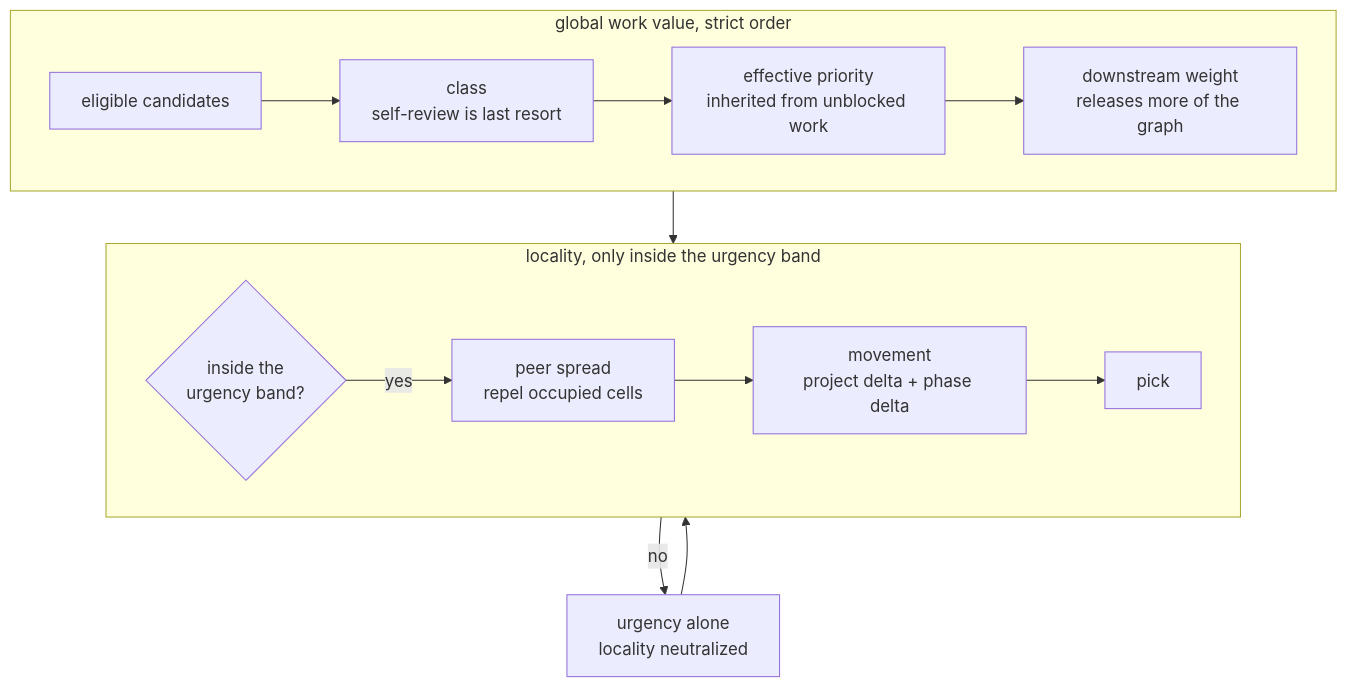
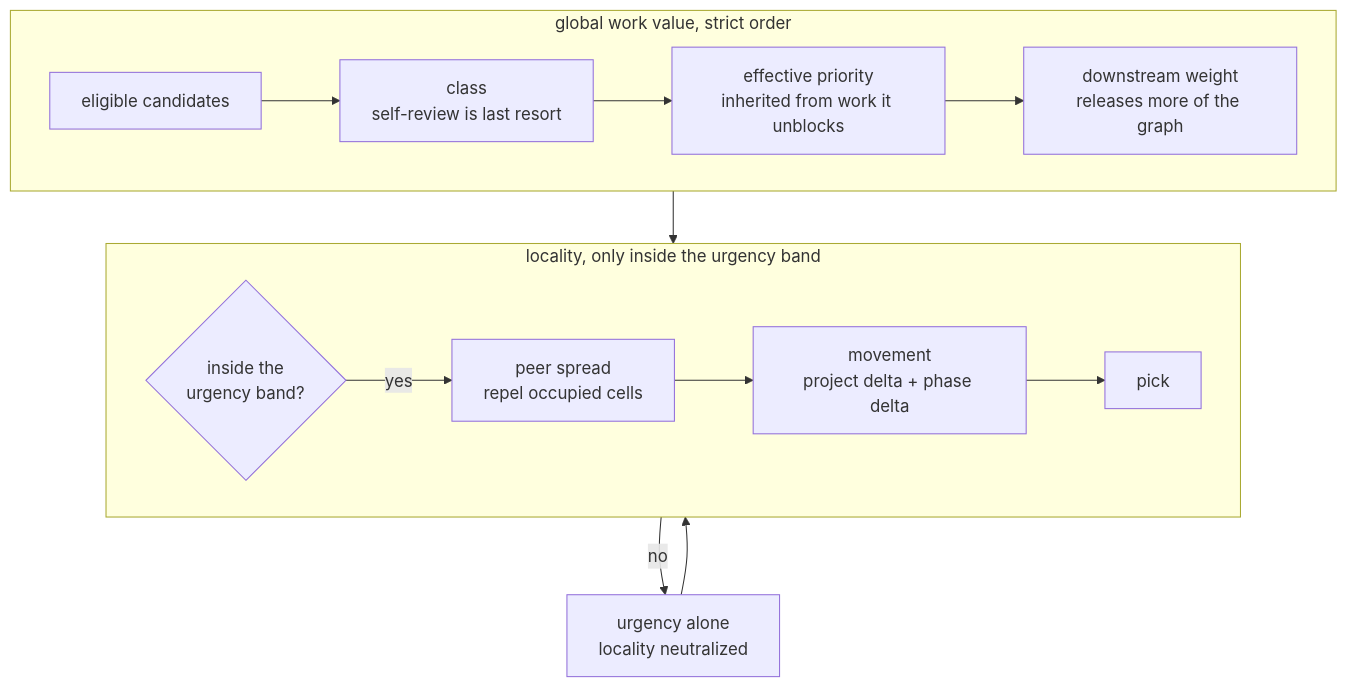
Before and after one commit to infimalabs/spice-rust: the first of 10 diagrams in docs/product/model/decisions.md, drawn with Mermaid. The commit also changed other lines of this file and 71 other files, not shown here.

````diff
--- a/docs/product/model/decisions.md
+++ b/docs/product/model/decisions.md
@@ -11,19 +11,19 @@
 ```mermaid
 flowchart TD
   subgraph GLOBAL["global work value, strict order"]
     direction LR
     E["eligible candidates"] --> Class["class<br/>self-review is last resort"]
-    Class --> Priority["effective priority<br/>inherited from unblocked work"]
+    Class --> Priority["effective priority<br/>inherited from work it unblocks"]
     Priority --> Weight["downstream weight<br/>releases more of the graph"]
   end
   subgraph LOCALITY["locality, only inside the urgency band"]
     direction LR
     BAND{"inside the<br/>urgency band?"}
     BAND -- yes --> Spread["peer spread<br/>repel occupied cells"]
     Spread --> Movement["movement<br/>project delta + phase delta"]
     Movement --> P[pick]
   end
   Weight --> BAND
   BAND -- no --> OUT["urgency alone<br/>locality neutralized"]
   OUT --> P
 ```
````
